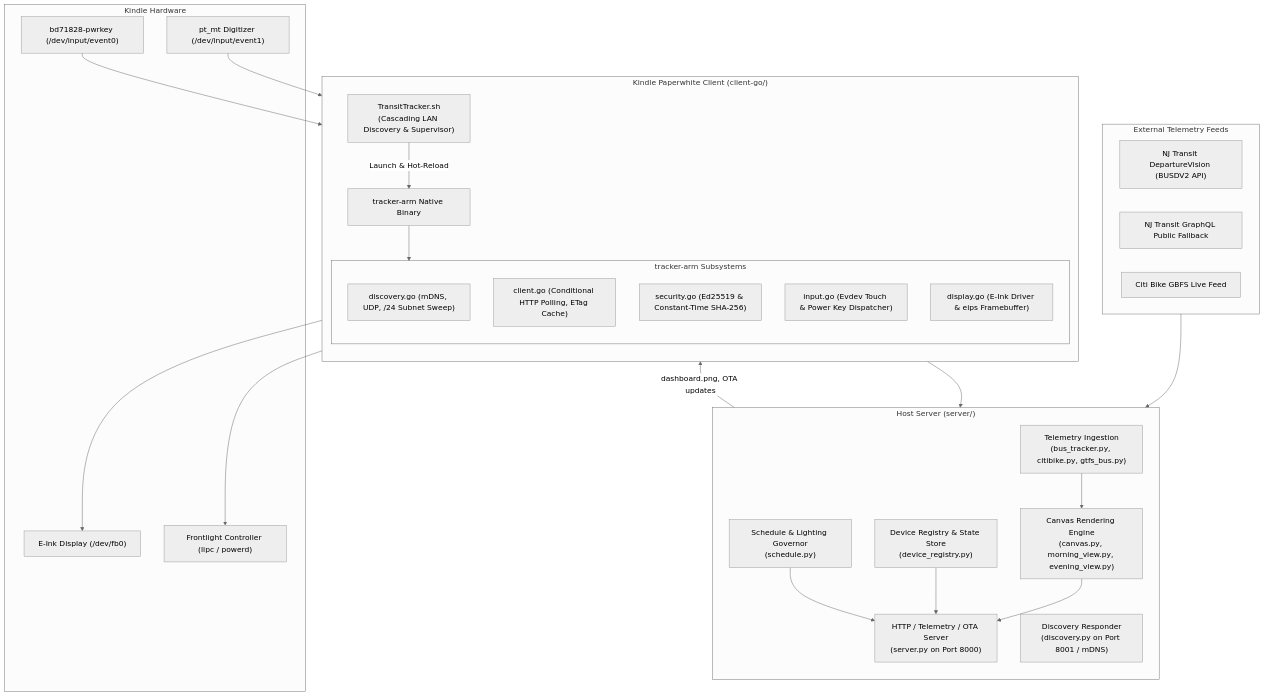
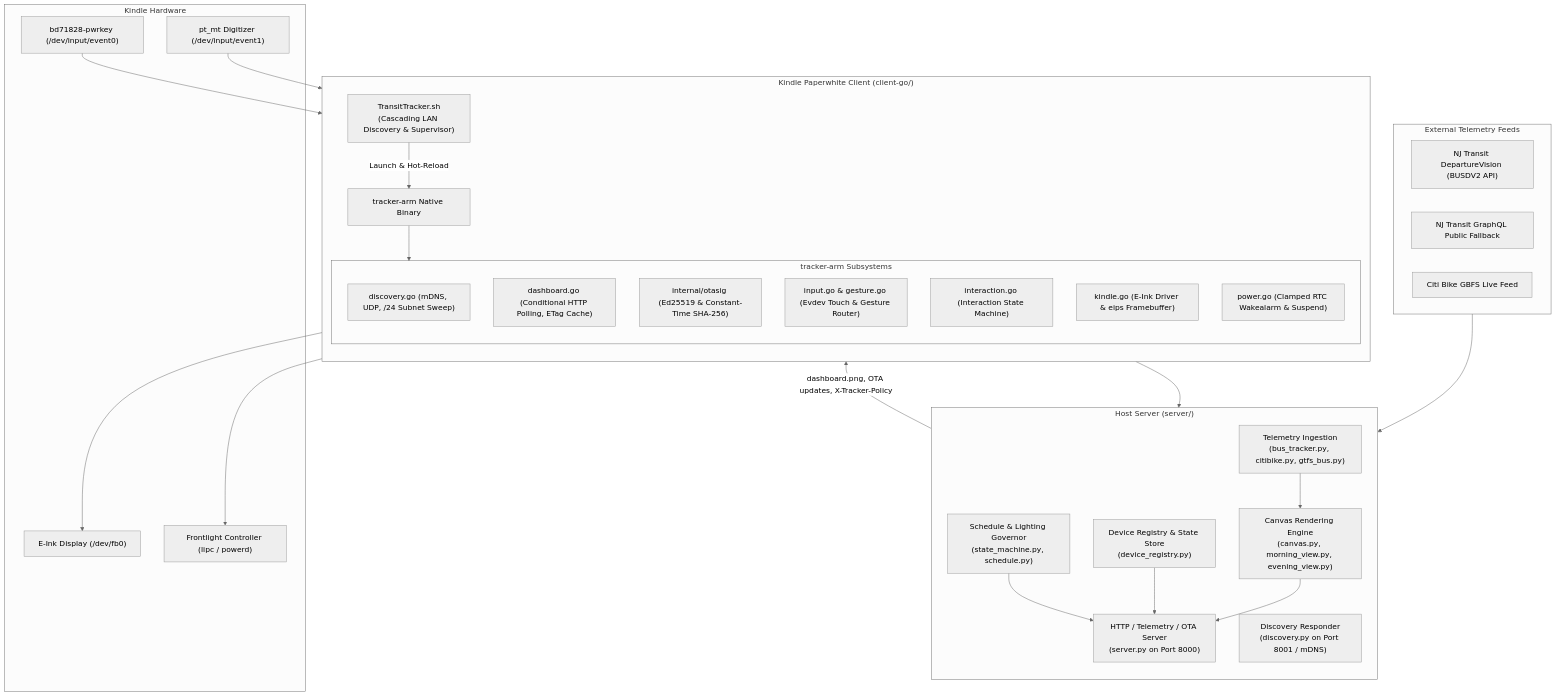
The first of 3 diagrams in docs/architecture.md (mike10010100/foliocast), drawn with Mermaid (neutral theme) before and after one commit. The commit also changed other lines of this file and 8 other files, not shown here.

````diff
--- a/docs/architecture.md
+++ b/docs/architecture.md
@@ -9,55 +9,57 @@
 ```mermaid
 flowchart TD
     subgraph External["External Telemetry Feeds"]
         NJT_DV["NJ Transit DepartureVision (BUSDV2 API)"]
         NJT_GQL["NJ Transit GraphQL Public Fallback"]
         GBFS["Citi Bike GBFS Live Feed"]
     end
 
     subgraph Server["Host Server (server/)"]
         direction TB
         Ingest["Telemetry Ingestion\n(bus_tracker.py, citibike.py, gtfs_bus.py)"]
         Layout["Canvas Rendering Engine\n(canvas.py, morning_view.py, evening_view.py)"]
-        ScheduleEngine["Schedule & Lighting Governor\n(schedule.py)"]
+        ScheduleEngine["Schedule & Lighting Governor\n(state_machine.py, schedule.py)"]
         FleetReg["Device Registry & State Store\n(device_registry.py)"]
         HttpServer["HTTP / Telemetry / OTA Server\n(server.py on Port 8000)"]
         DiscoveryResp["Discovery Responder\n(discovery.py on Port 8001 / mDNS)"]
 
         Ingest --> Layout
         ScheduleEngine --> HttpServer
         FleetReg --> HttpServer
         Layout --> HttpServer
     end
 
     subgraph Client["Kindle Paperwhite Client (client-go/)"]
         direction TB
         Bootstrap["TransitTracker.sh\n(Cascading LAN Discovery & Supervisor)"]
         GoBinary["tracker-arm Native Binary"]
         
         subgraph Subsystems["tracker-arm Subsystems"]
             Disc["discovery.go (mDNS, UDP, /24 Subnet Sweep)"]
-            Http["client.go (Conditional HTTP Polling, ETag Cache)"]
-            Sec["security.go (Ed25519 & Constant-Time SHA-256)"]
-            Ev["input.go (Evdev Touch & Power Key Dispatcher)"]
-            Disp["display.go (E-Ink Driver & eips Framebuffer)"]
+            Http["dashboard.go (Conditional HTTP Polling, ETag Cache)"]
+            Sec["internal/otasig (Ed25519 & Constant-Time SHA-256)"]
+            Ev["input.go & gesture.go (Evdev Touch & Gesture Router)"]
+            Overlay["interaction.go (Interaction State Machine)"]
+            Disp["kindle.go (E-Ink Driver & eips Framebuffer)"]
+            PwrMgmt["power.go (Clamped RTC Wakealarm & Suspend)"]
         end
 
         Bootstrap -->|Launch & Hot-Reload| GoBinary
         GoBinary --> Subsystems
     end
 
     subgraph HW["Kindle Hardware"]
         FB["E-Ink Display (/dev/fb0)"]
         Touch["pt_mt Digitizer (/dev/input/event1)"]
         Pwr["bd71828-pwrkey (/dev/input/event0)"]
         Light["Frontlight Controller (lipc / powerd)"]
     end
 
     External --> Ingest
-    HttpServer -->|dashboard.png, OTA updates| Http
+    HttpServer -->|"dashboard.png, OTA updates, X-Tracker-Policy"| Http
     Disc --> DiscoveryResp
     Disp --> FB
     Touch --> Ev
     Pwr --> Ev
     Http --> Light
 ```
````
